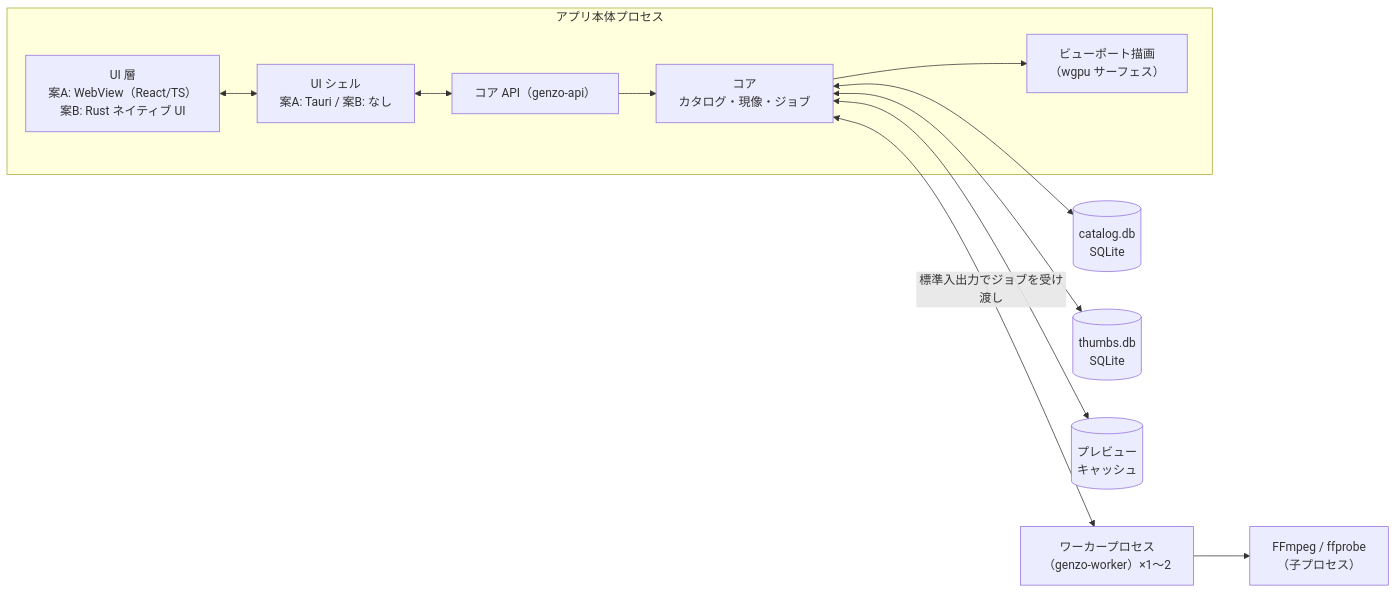
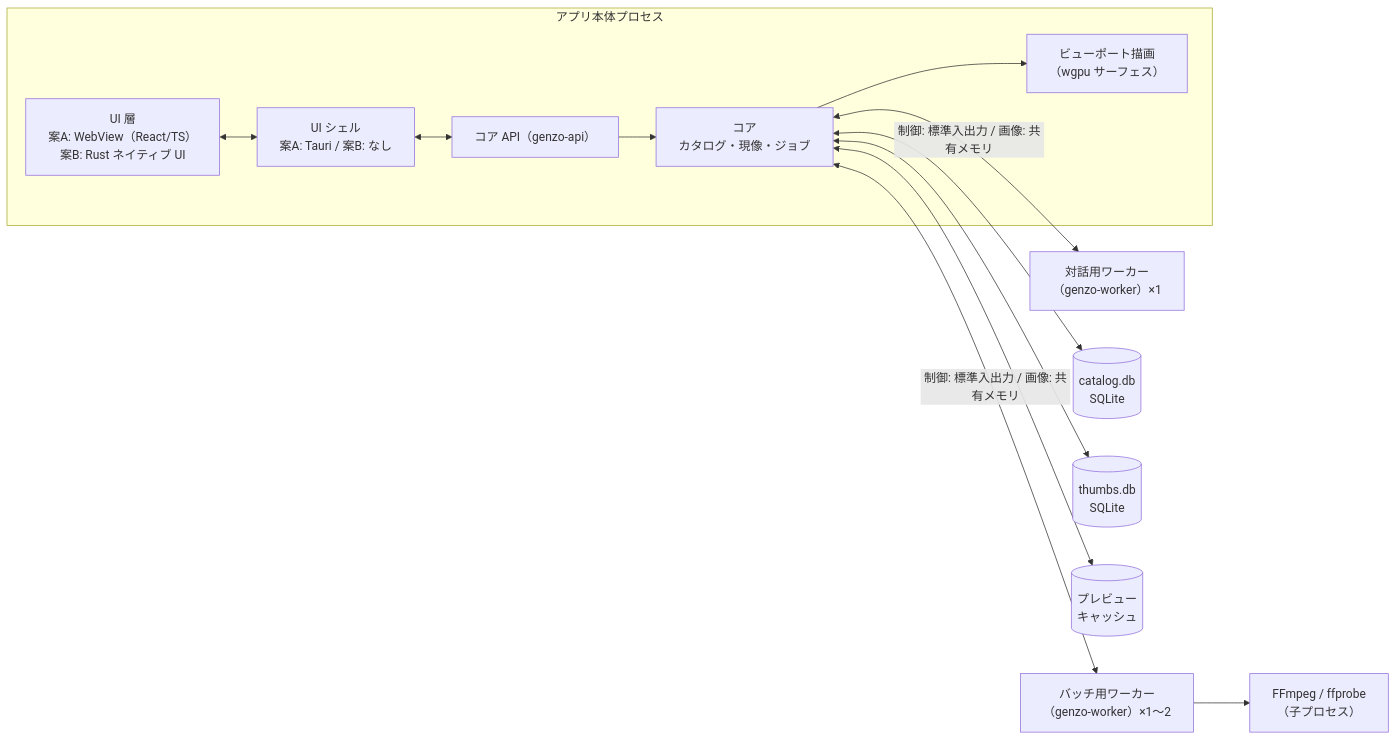
Before and after one commit to tokamocchi/GenzoParis: the first of 7 diagrams in docs/04_architecture.md, drawn with Mermaid. The commit also changed other lines of this file and 6 other files, not shown here.

````diff
--- a/docs/04_architecture.md
+++ b/docs/04_architecture.md
@@ -21,22 +21,24 @@
 ```mermaid
 flowchart LR
   subgraph App["アプリ本体プロセス"]
     UI["UI 層<br/>案A: WebView（React/TS）<br/>案B: Rust ネイティブ UI"]
     SHELL["UI シェル<br/>案A: Tauri / 案B: なし"]
     API["コア API（genzo-api）"]
     VP["ビューポート描画<br/>（wgpu サーフェス）"]
     CORE["コア<br/>カタログ・現像・ジョブ"]
   end
-  W1["ワーカープロセス<br/>（genzo-worker）×1〜2"]
+  W0["対話用ワーカー<br/>（genzo-worker）×1"]
+  W1["バッチ用ワーカー<br/>（genzo-worker）×1〜2"]
   FF["FFmpeg / ffprobe<br/>（子プロセス）"]
   DB[("catalog.db<br/>SQLite")]
   TH[("thumbs.db<br/>SQLite")]
   PC[("プレビュー<br/>キャッシュ")]
   UI <--> SHELL <--> API --> CORE
   CORE --> VP
   CORE <--> DB
   CORE <--> TH
   CORE <--> PC
-  CORE <-->|"標準入出力でジョブを受け渡し"| W1
+  CORE <-->|"制御: 標準入出力 / 画像: 共有メモリ"| W0
+  CORE <-->|"制御: 標準入出力 / 画像: 共有メモリ"| W1
   W1 --> FF
 ```
````
